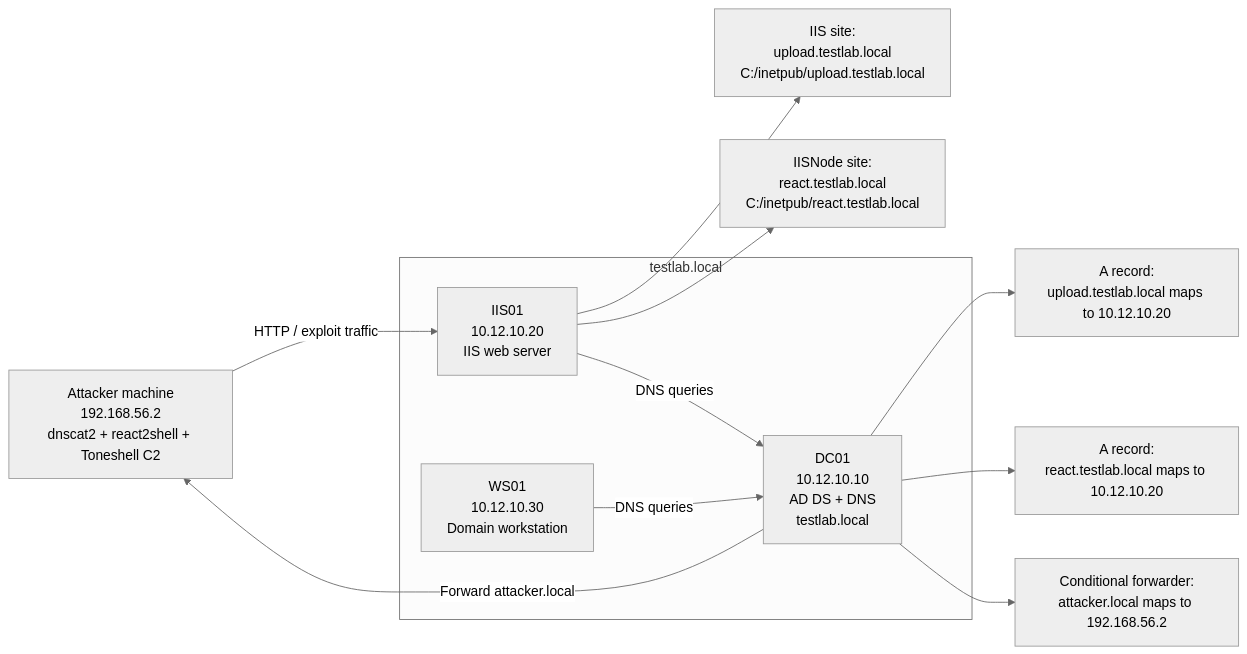
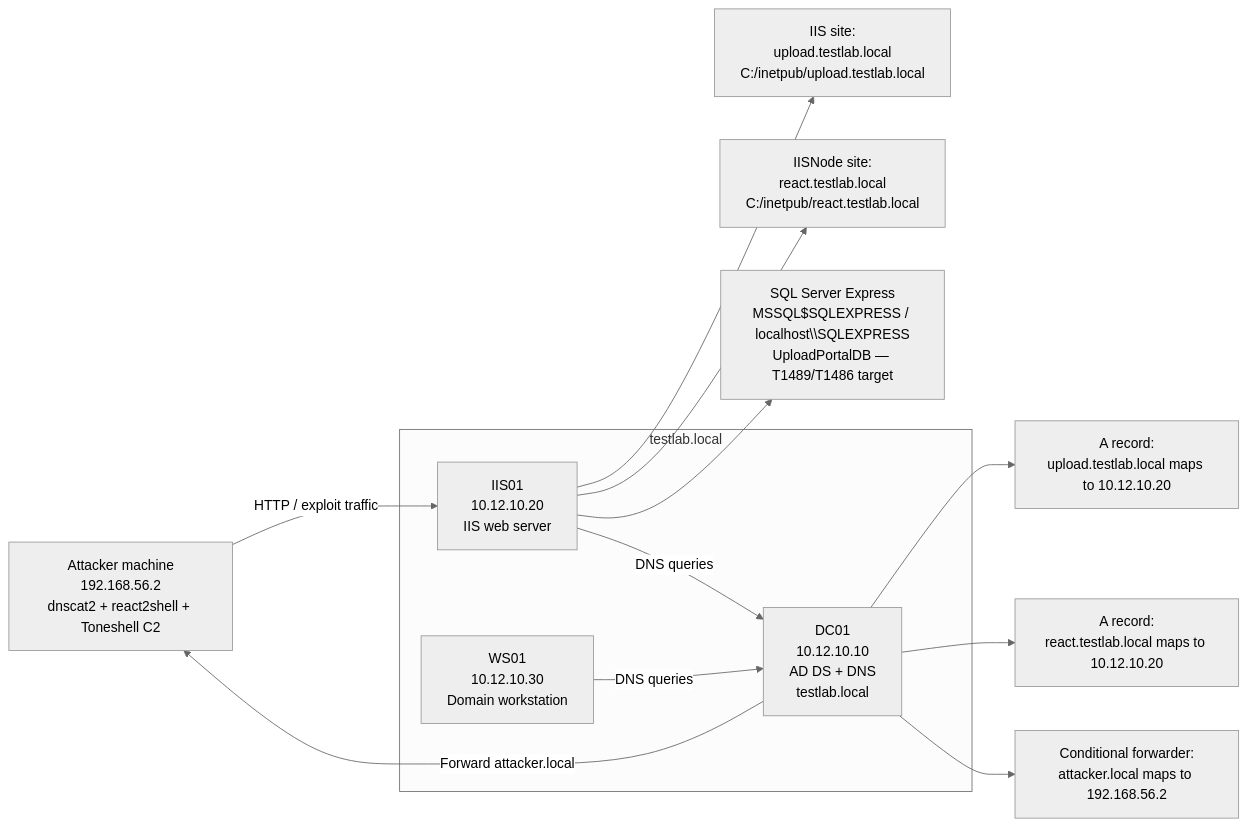
The first of 4 diagrams in testlab-enterprise/windows-adversary-plan/Emulation_Plan/summary.md (uetsymphonique/testlab-ael), drawn with Mermaid (neutral theme) before and after one commit. The commit also changed other lines of this file and 7 other files, not shown here.

````diff
--- a/testlab-enterprise/windows-adversary-plan/Emulation_Plan/summary.md
+++ b/testlab-enterprise/windows-adversary-plan/Emulation_Plan/summary.md
@@ -61,25 +61,26 @@
 ```mermaid
 flowchart LR
     ATTACKER["Attacker machine<br/>192.168.56.2<br/>dnscat2 + react2shell + Toneshell C2"]
     DC["DC01<br/>10.12.10.10<br/>AD DS + DNS<br/>testlab.local"]
     IIS["IIS01<br/>10.12.10.20<br/>IIS web server"]
     WS["WS01<br/>10.12.10.30<br/>Domain workstation"]
 
     subgraph DOMAIN["testlab.local"]
         DC
         IIS
         WS
     end
 
     DC --> DNS1["A record:<br/>upload.testlab.local maps to 10.12.10.20"]
     DC --> DNS2["A record:<br/>react.testlab.local maps to 10.12.10.20"]
     DC --> DNS3["Conditional forwarder:<br/>attacker.local maps to 192.168.56.2"]
 
     IIS --> UPLOAD["IIS site:<br/>upload.testlab.local<br/>C:/inetpub/upload.testlab.local"]
     IIS --> REACT["IISNode site:<br/>react.testlab.local<br/>C:/inetpub/react.testlab.local"]
+    IIS --> MSSQL["SQL Server Express<br/>MSSQL$SQLEXPRESS / localhost\\SQLEXPRESS<br/>UploadPortalDB — T1489/T1486 target"]
 
     WS -->|"DNS queries"| DC
     IIS -->|"DNS queries"| DC
     DC -->|"Forward attacker.local"| ATTACKER
     ATTACKER -->|"HTTP / exploit traffic"| IIS
 ```
````
